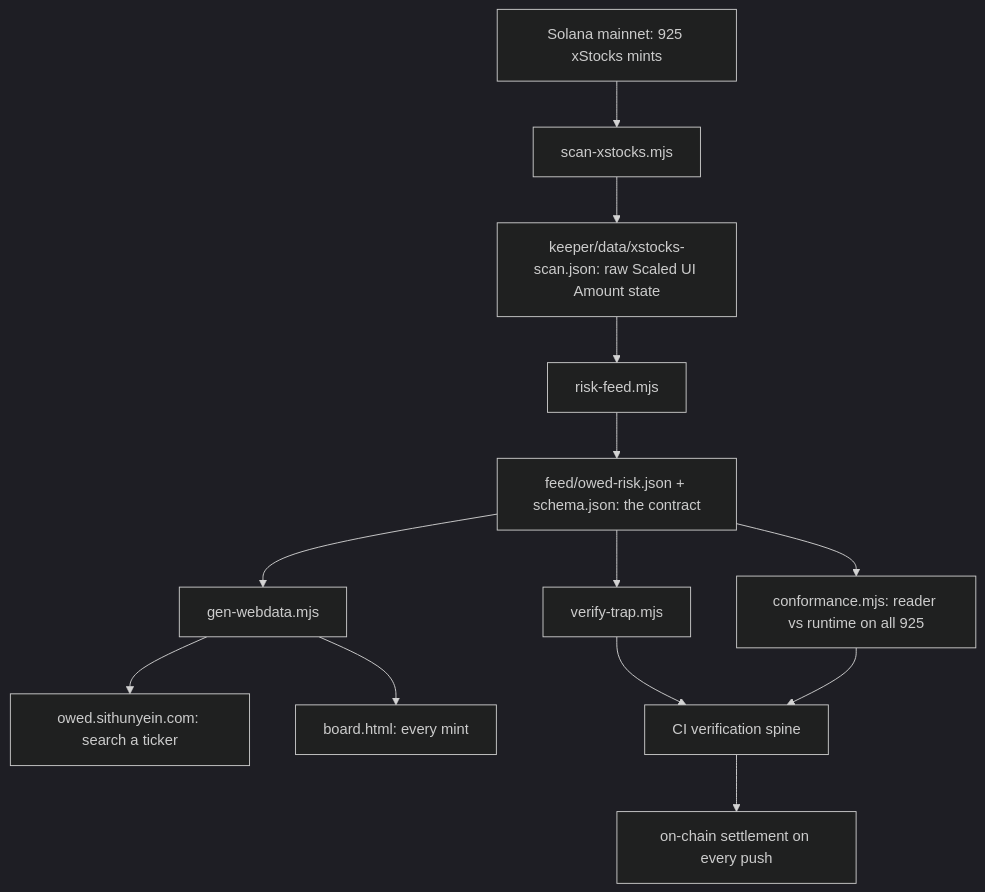
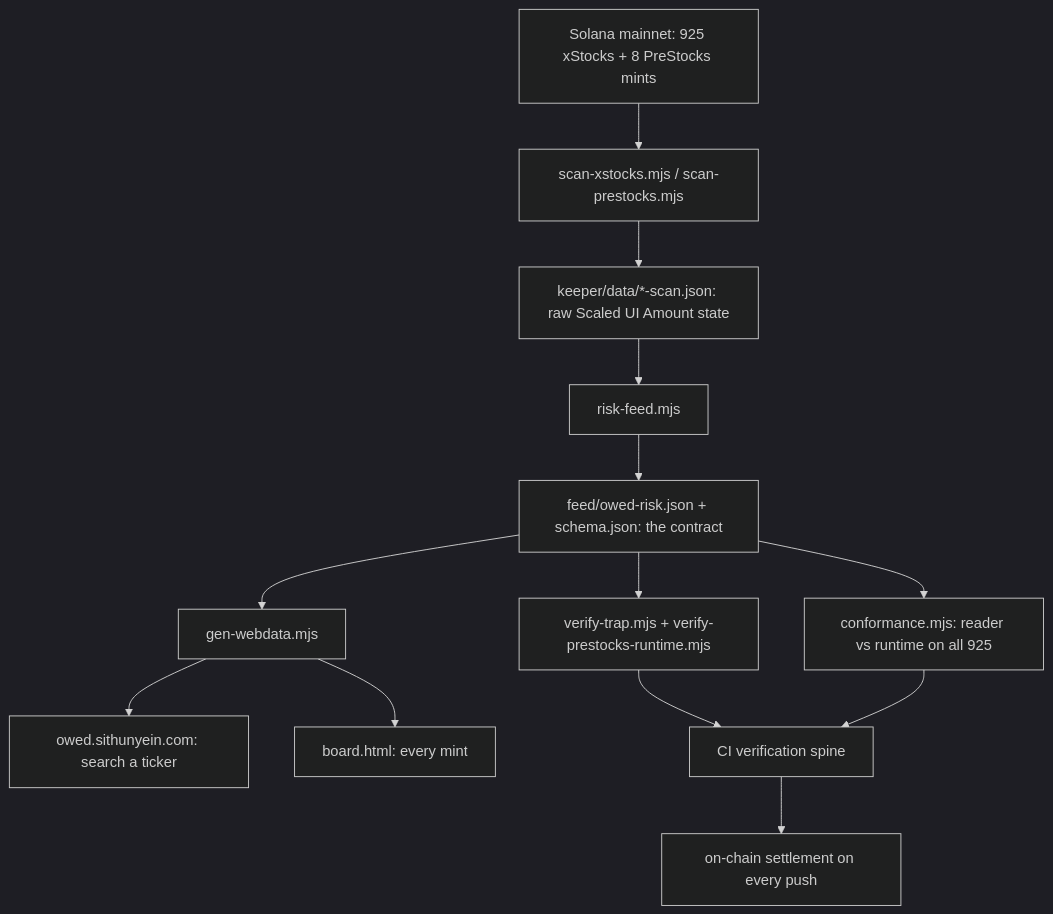
One commit to thesithunyein/owed changed the first of 2 diagrams in README.md. Above: the diagram before and after it, drawn with Mermaid (dark theme). The commit also changed other lines of this file and 20 other files, not shown here.

First line of the commit message:
Publish the PreStocks lane so the reader trap is a cross-issuer finding

````diff
--- a/README.md
+++ b/README.md
@@ -44,15 +48,15 @@
 ```mermaid
 flowchart TB
-  Mainnet[Solana mainnet: 925 xStocks mints] --> Scan[scan-xstocks.mjs]
-  Scan --> Raw[keeper/data/xstocks-scan.json: raw Scaled UI Amount state]
+  Mainnet[Solana mainnet: 925 xStocks + 8 PreStocks mints] --> Scan[scan-xstocks.mjs / scan-prestocks.mjs]
+  Scan --> Raw[keeper/data/*-scan.json: raw Scaled UI Amount state]
   Raw --> Feed[risk-feed.mjs]
   Feed --> Contract[feed/owed-risk.json + schema.json: the contract]
   Contract --> Pages[gen-webdata.mjs]
-  Contract --> Trap[verify-trap.mjs]
+  Contract --> Trap[verify-trap.mjs + verify-prestocks-runtime.mjs]
   Contract --> Conf[conformance.mjs: reader vs runtime on all 925]
   Pages --> App[owed.sithunyein.com: search a ticker]
   Pages --> Board[board.html: every mint]
   Trap --> CI[CI verification spine]
   Conf --> CI
   CI --> Settle[on-chain settlement on every push]
 ```
````
